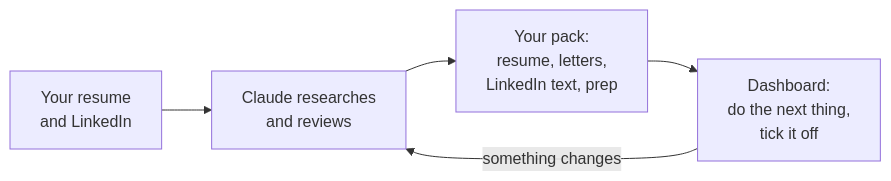
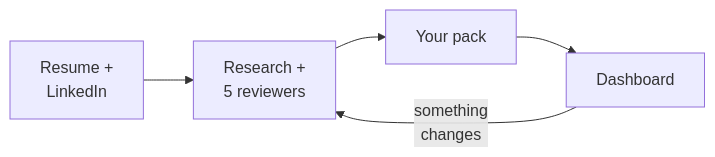
Before and after one commit to mrinal-aswin/gatepass: the diagram in README.md, drawn with Mermaid. The commit also changed other lines of this file, not shown here.

Commit message:
README: list instead of a header-less table; shorter diagram labels

````diff
--- a/README.md
+++ b/README.md
@@ -31,7 +29,7 @@
 ```mermaid
 flowchart LR
-    A["Your resume<br/>and LinkedIn"] --> B["Claude researches<br/>and reviews"]
-    B --> C["Your pack:<br/>resume, letters,<br/>LinkedIn text, prep"]
-    C --> D["Dashboard:<br/>do the next thing,<br/>tick it off"]
-    D -- "something changes" --> B
+    A["Resume +<br/>LinkedIn"] --> B["Research +<br/>5 reviewers"]
+    B --> C["Your pack"]
+    C --> D["Dashboard"]
+    D -- "something<br/>changes" --> B
 ```
````
